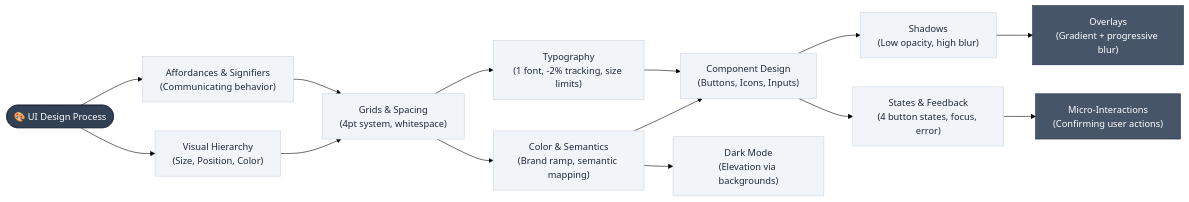
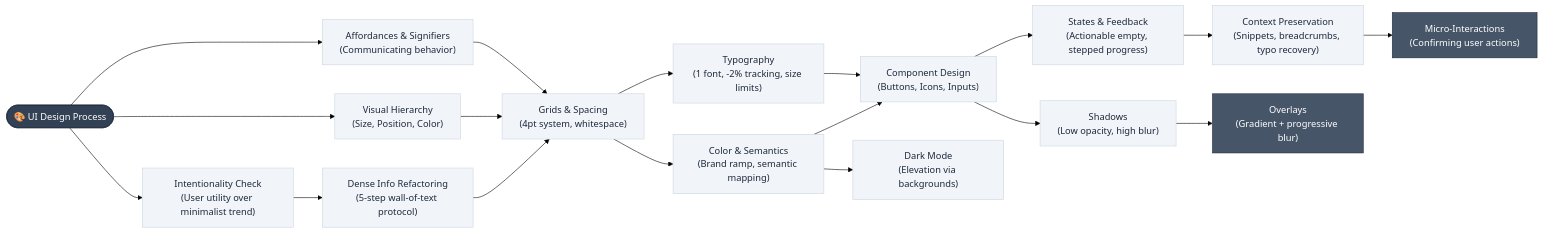
One commit to DimKouts84/product_management_development_wiki changed the third of 3 diagrams in wiki/05-design/ui-design-foundations.md. Above: the diagram before and after it, drawn with Mermaid (forest theme). The commit also changed other lines of this file and 1 other file, not shown here.

````diff
--- a/wiki/05-design/ui-design-foundations.md
+++ b/wiki/05-design/ui-design-foundations.md
@@ -249,36 +320,43 @@
 ```mermaid
 graph LR
     Start(["🎨 UI Design Process"])
 
+    Start --> INT["Intentionality Check\n(User utility over minimalist trend)"]
     Start --> SIG["Affordances & Signifiers\n(Communicating behavior)"]
     Start --> HIE["Visual Hierarchy\n(Size, Position, Color)"]
 
+    INT --> REF["Dense Info Refactoring\n(5-step wall-of-text protocol)"]
     SIG --> GRID["Grids & Spacing\n(4pt system, whitespace)"]
     HIE --> GRID
 
+    REF --> GRID
     GRID --> TYP["Typography\n(1 font, -2% tracking, size limits)"]
     GRID --> COL["Color & Semantics\n(Brand ramp, semantic mapping)"]
 
     TYP --> COMP["Component Design\n(Buttons, Icons, Inputs)"]
     COL --> COMP
     COL --> DARK["Dark Mode\n(Elevation via backgrounds)"]
 
     COMP --> SHADOW["Shadows\n(Low opacity, high blur)"]
-    COMP --> STATE["States & Feedback\n(4 button states, focus, error)"]
+    COMP --> STATE["States & Feedback\n(Actionable empty, stepped progress)"]
 
-    STATE --> MICRO["Micro-Interactions\n(Confirming user actions)"]
+    STATE --> CTX["Context Preservation\n(Snippets, breadcrumbs, typo recovery)"]
+    CTX --> MICRO["Micro-Interactions\n(Confirming user actions)"]
     SHADOW --> OVL["Overlays\n(Gradient + progressive blur)"]
 
     style Start fill:#334155,stroke:#1e293b,color:#fff
+    style INT fill:#f1f5f9,stroke:#cbd5e1,color:#1e293b
     style SIG fill:#f1f5f9,stroke:#cbd5e1,color:#1e293b
     style HIE fill:#f1f5f9,stroke:#cbd5e1,color:#1e293b
+    style REF fill:#f1f5f9,stroke:#cbd5e1,color:#1e293b
     style GRID fill:#f1f5f9,stroke:#cbd5e1,color:#1e293b
     style TYP fill:#f1f5f9,stroke:#cbd5e1,color:#1e293b
     style COL fill:#f1f5f9,stroke:#cbd5e1,color:#1e293b
     style COMP fill:#f1f5f9,stroke:#cbd5e1,color:#1e293b
     style DARK fill:#f1f5f9,stroke:#cbd5e1,color:#1e293b
     style SHADOW fill:#f1f5f9,stroke:#cbd5e1,color:#1e293b
     style STATE fill:#f1f5f9,stroke:#cbd5e1,color:#1e293b
+    style CTX fill:#f1f5f9,stroke:#cbd5e1,color:#1e293b
     style MICRO fill:#475569,stroke:#1e293b,color:#fff
     style OVL fill:#475569,stroke:#1e293b,color:#fff
 ```
````
